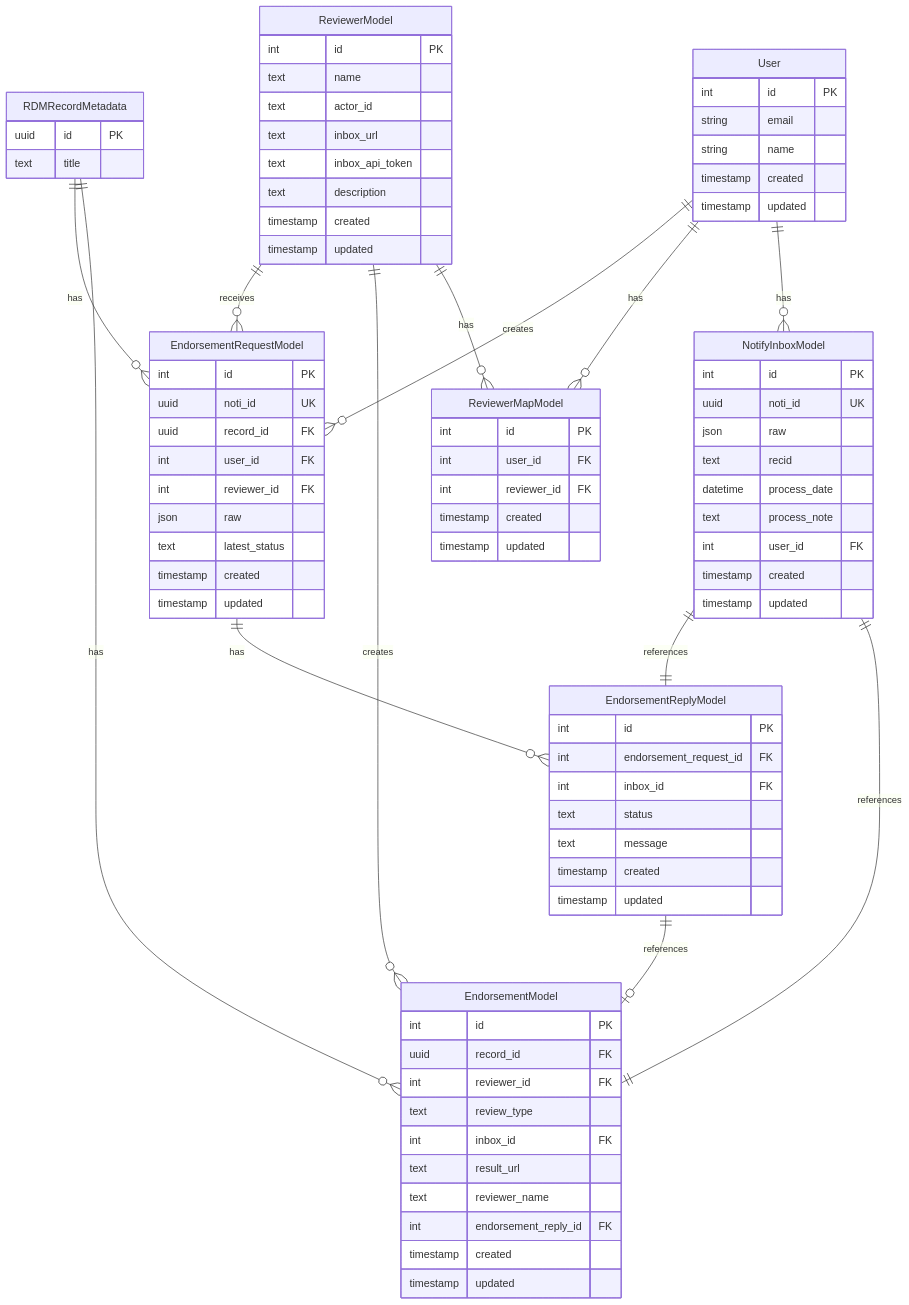
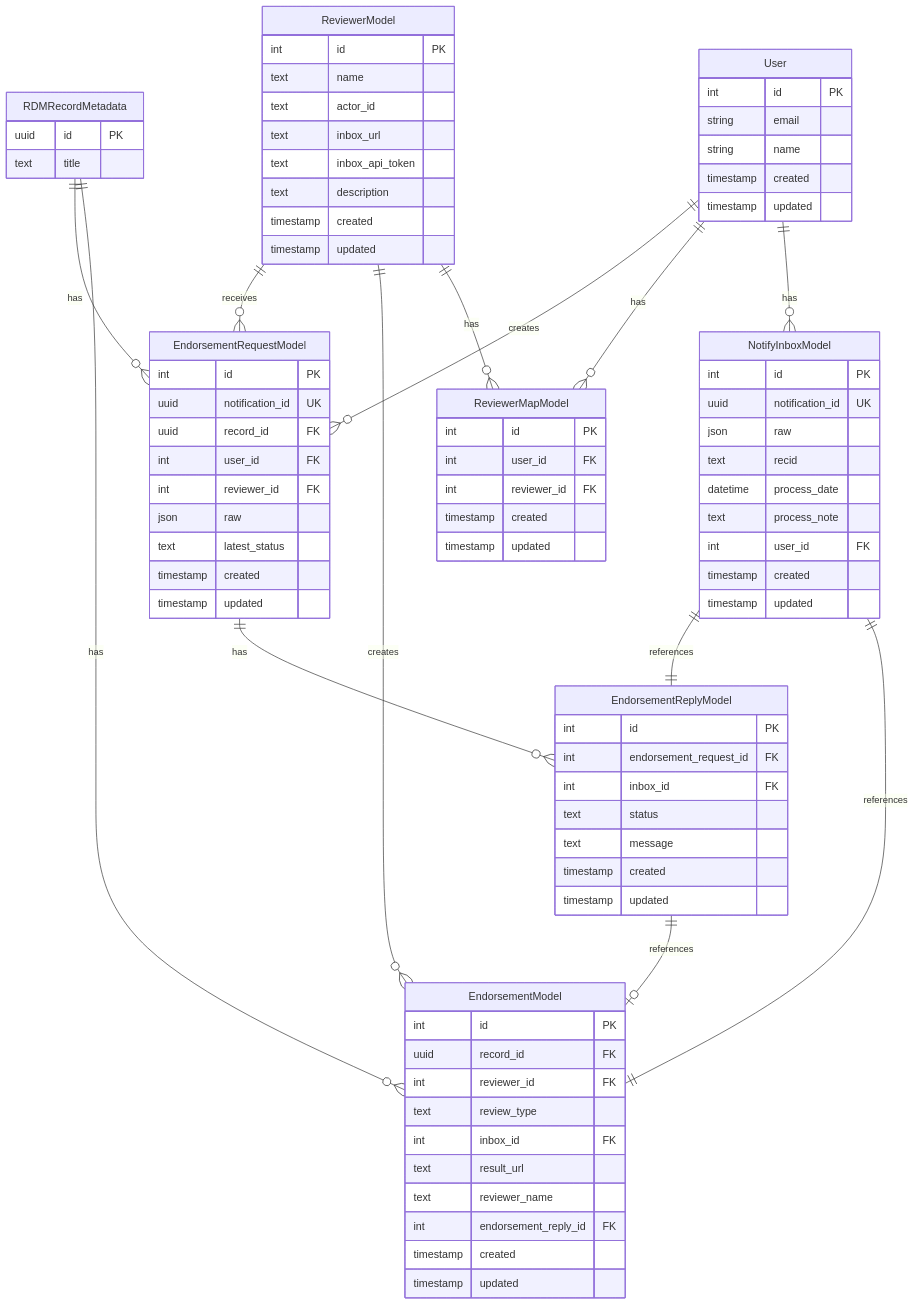
The diagram in docs/diagram/db.mmd (CottageLabs/invenio-notify), drawn with Mermaid before and after one commit. The commit also changed 19 other files, not shown here.

Commit message:
Rename noti_id to notification_id

```diff
--- a/docs/diagram/db.mmd
+++ b/docs/diagram/db.mmd
@@ -1,98 +1,98 @@
 %% sources of file: invenio_notify/records/models.py
 
 erDiagram
     User ||--o{ NotifyInboxModel : has
     User ||--o{ ReviewerMapModel : has
     User ||--o{ EndorsementRequestModel : creates
     
     ReviewerModel ||--o{ ReviewerMapModel : has
     ReviewerModel ||--o{ EndorsementModel : creates
     ReviewerModel ||--o{ EndorsementRequestModel : receives
     
     RDMRecordMetadata ||--o{ EndorsementModel : has
     RDMRecordMetadata ||--o{ EndorsementRequestModel : has
     
     NotifyInboxModel ||--|| EndorsementModel : references
     NotifyInboxModel ||--|| EndorsementReplyModel : references
     
     EndorsementRequestModel ||--o{ EndorsementReplyModel : has
     EndorsementReplyModel ||--o| EndorsementModel : references
     
     User {
         int id PK
         string email
         string name
         timestamp created
         timestamp updated
     }
     
     NotifyInboxModel {
         int id PK
-        uuid noti_id UK
+        uuid notification_id UK
         json raw
         text recid
         datetime process_date
         text process_note
         int user_id FK
         timestamp created
         timestamp updated
     }
     
     ReviewerMapModel {
         int id PK
         int user_id FK
         int reviewer_id FK
         timestamp created
         timestamp updated
     }
     
     ReviewerModel {
         int id PK
         text name
         text actor_id
         text inbox_url
         text inbox_api_token
         text description
         timestamp created
         timestamp updated
     }
     
     EndorsementModel {
         int id PK
         uuid record_id FK
         int reviewer_id FK
         text review_type
         int inbox_id FK
         text result_url
         text reviewer_name
         int endorsement_reply_id FK
         timestamp created
         timestamp updated
     }
     
     EndorsementRequestModel {
         int id PK
-        uuid noti_id UK
+        uuid notification_id UK
         uuid record_id FK
         int user_id FK
         int reviewer_id FK
         json raw
         text latest_status
         timestamp created
         timestamp updated
     }
     
     EndorsementReplyModel {
         int id PK
         int endorsement_request_id FK
         int inbox_id FK
         text status
         text message
         timestamp created
         timestamp updated
     }
     
     RDMRecordMetadata {
         uuid id PK
         text title
     }
```
